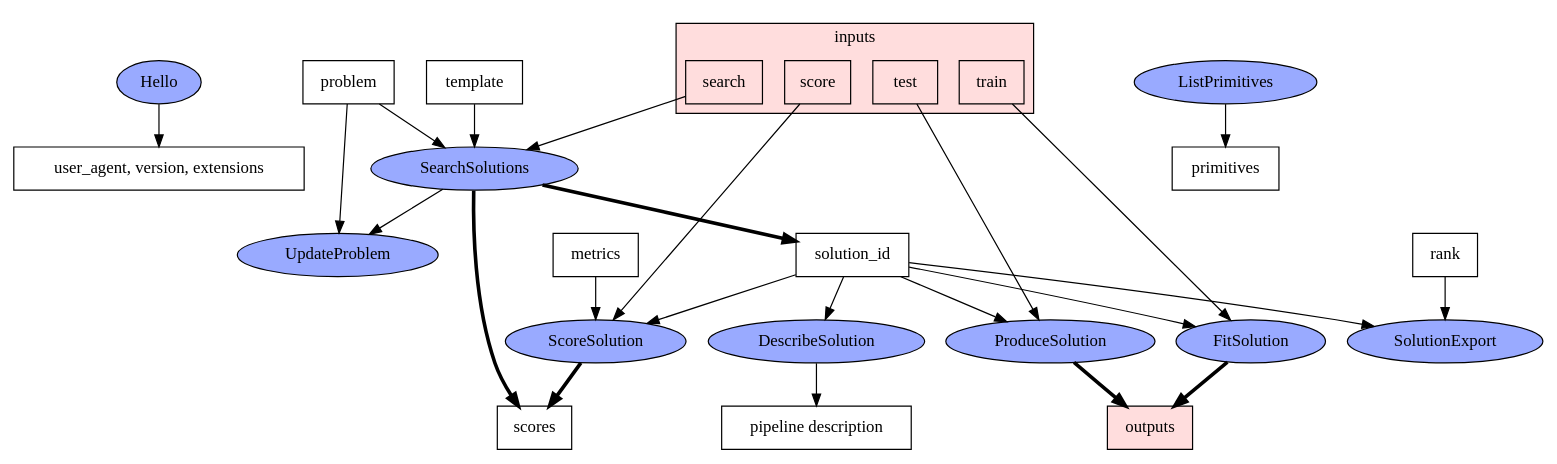
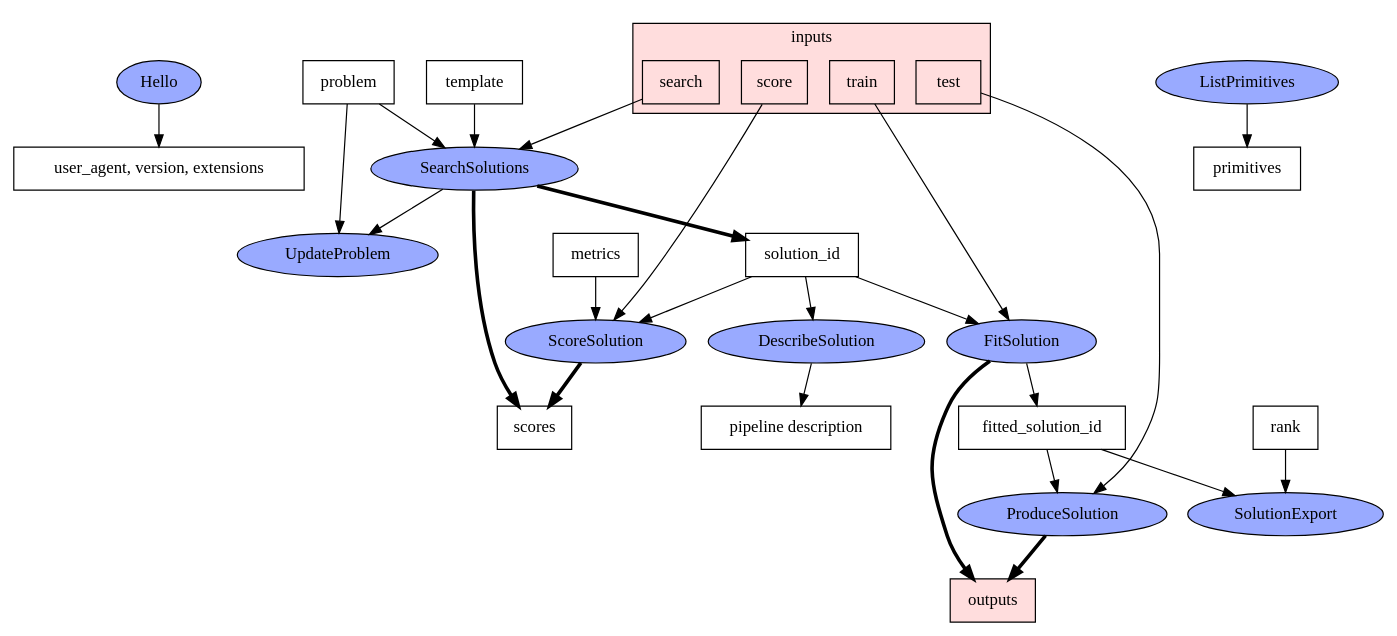
One commit to TwoRavens/TwoRavens changed the diagram in submodules/ta3ta2-api/flow.dot. Above: the diagram before and after it, drawn with Graphviz. The commit also changed 60 other files, not shown here.

```diff
--- a/submodules/ta3ta2-api/flow.dot
+++ b/submodules/ta3ta2-api/flow.dot
@@ -1,55 +1,56 @@
 digraph G {
   compound=true;
 
   node [style="filled", fillcolor="#99aaff", shape="ellipse"];
   Hello;
   SearchSolutions;
   DescribeSolution;
   ScoreSolution;
   FitSolution;
   ProduceSolution;
   SolutionExport;
   UpdateProblem;
   ListPrimitives;
 
   node [style="filled", fillcolor="#ffdddd", shape="rectangle"];
   "outputs";
 
   subgraph cluster0 {
       label="inputs";
       style="filled";
       fillcolor="#ffdddd";
       shape="rectangle";
       node [style="filled", fillcolor="#ffdddd", shape="rectangle"];
       search;
       train;
       score;
       test;
   }
 
   node [style="filled", fillcolor="#ffffff", shape="rectangle"];
 
   Hello -> "user_agent, version, extensions";
   template -> SearchSolutions;
   problem -> SearchSolutions;
   search -> SearchSolutions;
   SearchSolutions -> solution_id [penwidth=3.0];
   SearchSolutions -> scores [penwidth=3.0];
   solution_id -> DescribeSolution;
   DescribeSolution -> "pipeline description";
   solution_id -> ScoreSolution;
   score -> ScoreSolution;
   metrics -> ScoreSolution;
   ScoreSolution -> scores [penwidth=3.0];
   solution_id -> FitSolution;
   train -> FitSolution
   FitSolution -> outputs [penwidth=3.0];
-  solution_id -> ProduceSolution;
+  FitSolution -> fitted_solution_id;
+  fitted_solution_id -> ProduceSolution;
   test -> ProduceSolution;
   ProduceSolution -> outputs [penwidth=3.0];
-  solution_id -> SolutionExport;
+  fitted_solution_id -> SolutionExport;
   rank -> SolutionExport
   SearchSolutions -> UpdateProblem;
   problem -> UpdateProblem;
   ListPrimitives -> primitives;
 }
```
